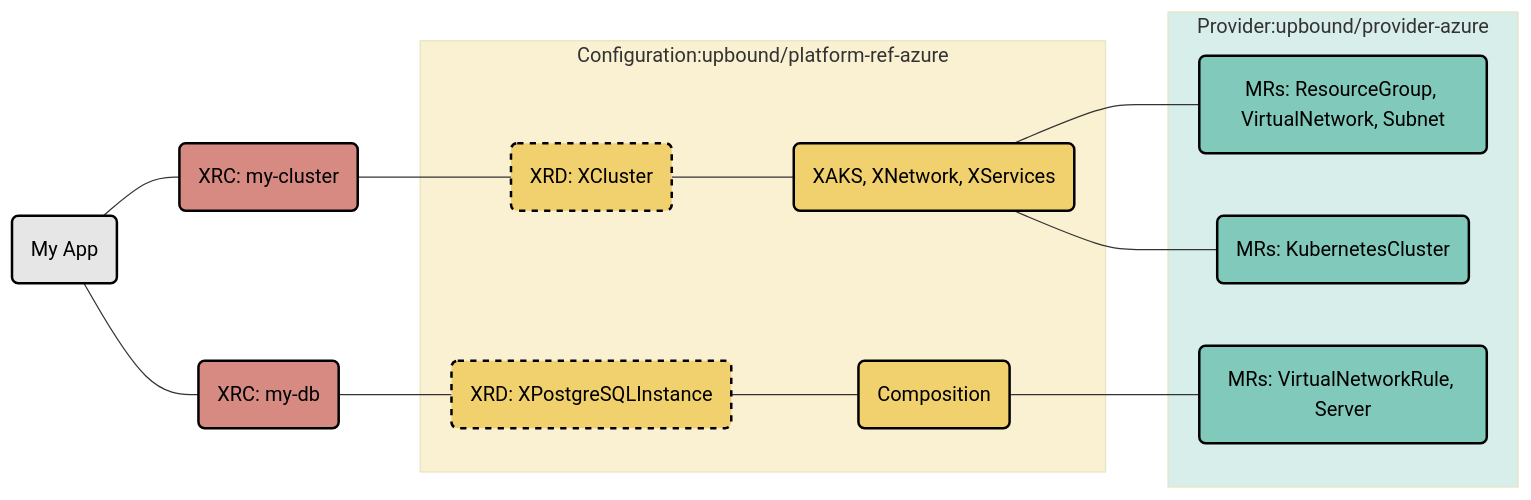
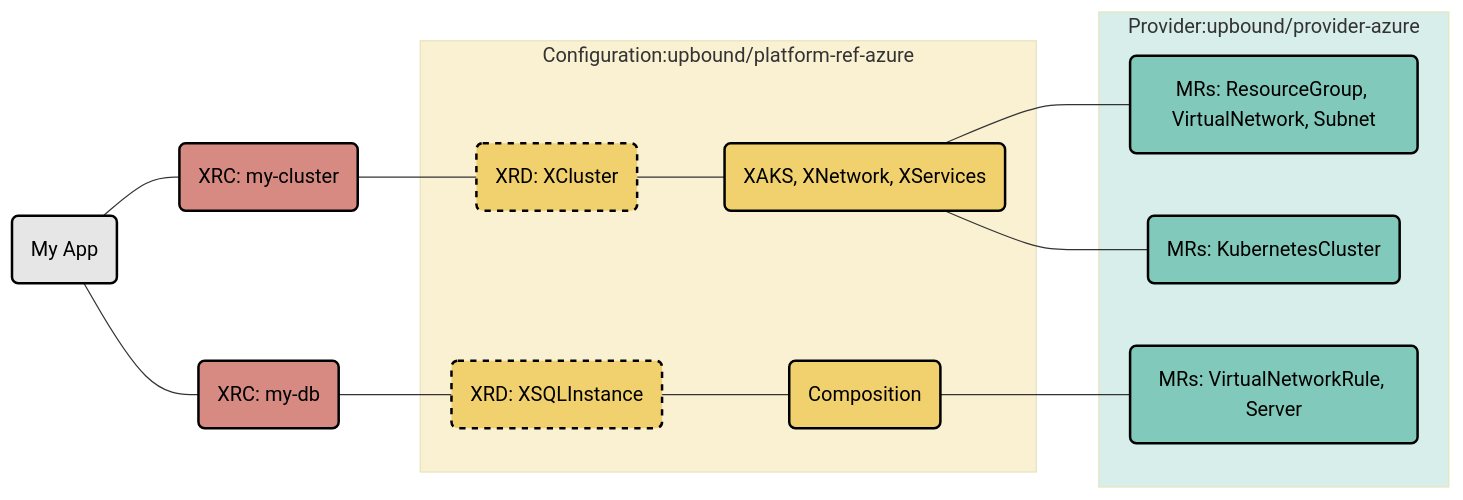
One commit to upbound/platform-ref-azure changed the diagram in README.md. Above: the diagram before and after it, drawn with Mermaid. The commit also changed other lines of this file and 27 other files, not shown here.

````diff
--- a/README.md
+++ b/README.md
@@ -28,30 +36,30 @@
 ```mermaid
 graph LR;
     MyApp(My App)---MyCluster(XRC: my-cluster);
     MyCluster---XRD1(XRD: XCluster);
     MyApp---MyDB(XRC: my-db);
-    MyDB---XRD2(XRD: XPostgreSQLInstance);
+    MyDB---XRD2(XRD: XSQLInstance);
 		subgraph Configuration:upbound/platform-ref-azure;
 	    XRD1---Composition(XAKS, XNetwork, XServices);
 	    XRD2---Composition2(Composition);
 		end
 		subgraph Provider:upbound/provider-azure
 	    Composition---Network.MRs(MRs: ResourceGroup, VirtualNetwork, Subnet);
 	    Composition---AKS.MRs(MRs: KubernetesCluster);
 	    Composition2---Postgres.MRs(MRs: VirtualNetworkRule, Server);
 		end
 
 style MyApp color:#000,fill:#e6e6e6,stroke:#000,stroke-width:2px
 style MyCluster color:#000,fill:#D68A82,stroke:#000,stroke-width:2px
 style MyDB color:#000,fill:#D68A82,stroke:#000,stroke-width:2px
 style Configuration:upbound/platform-ref-azure fill:#f1d16d,opacity:0.3
 style Provider:upbound/provider-azure fill:#81CABB,opacity:0.3
 style XRD1 color:#000,fill:#f1d16d,stroke:#000,stroke-width:2px,stroke-dasharray: 5 5
 style XRD2 color:#000,fill:#f1d16d,stroke:#000,stroke-width:2px,stroke-dasharray: 5 5
 style Composition color:#000,fill:#f1d16d,stroke:#000,stroke-width:2px
 style Composition2 color:#000,fill:#f1d16d,stroke:#000,stroke-width:2px
 
 style Network.MRs color:#000,fill:#81CABB,stroke:#000,stroke-width:2px
 style AKS.MRs color:#000,fill:#81CABB,stroke:#000,stroke-width:2px
 style Postgres.MRs color:#000,fill:#81CABB,stroke:#000,stroke-width:2px
 ```
````
